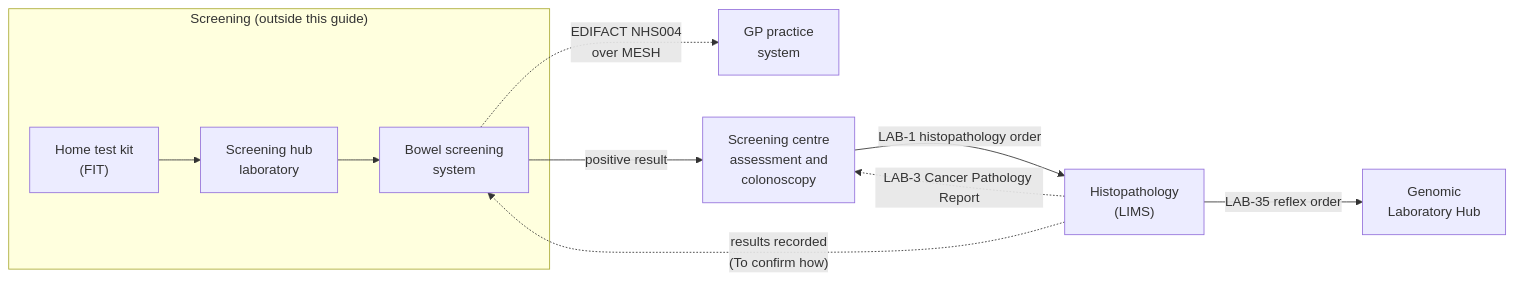
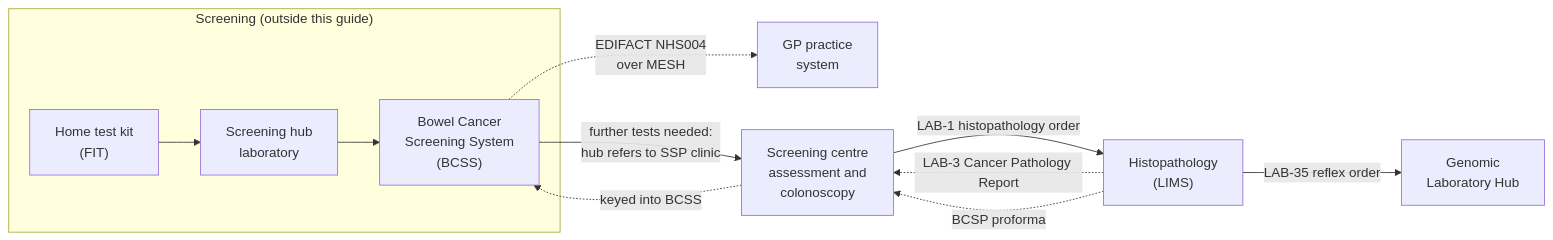
The diagram in input/pagecontent/Screening.md (KevinMayfield/CancerPathologyReport), drawn with Mermaid before and after one commit. The commit also changed other lines of this file, not shown here.

First line of the commit message:
Screening: FIT result, histopathology ordering, detailed FIT result

````diff
--- a/input/pagecontent/Screening.md
+++ b/input/pagecontent/Screening.md
@@ -39,13 +43,14 @@
 ```mermaid
 flowchart LR
     subgraph Screening["Screening (outside this guide)"]
         Kit["Home test kit<br/>(FIT)"] --> Hub["Screening hub<br/>laboratory"]
-        Hub --> BCSS["Bowel screening<br/>system"]
+        Hub --> BCSS["Bowel Cancer<br/>Screening System<br/>(BCSS)"]
     end
     BCSS -. "EDIFACT NHS004<br/>over MESH" .-> GP["GP practice<br/>system"]
-    BCSS -- "positive result" --> SC["Screening centre<br/>assessment and<br/>colonoscopy"]
+    BCSS -- "further tests needed:<br/>hub refers to SSP clinic" --> SC["Screening centre<br/>assessment and<br/>colonoscopy"]
     SC -- "LAB-1 histopathology order" --> Path["Histopathology<br/>(LIMS)"]
     Path -. "LAB-3 Cancer Pathology Report" .-> SC
     Path -- "LAB-35 reflex order" --> GLH["Genomic<br/>Laboratory Hub"]
-    Path -. "results recorded<br/>(To confirm how)" .-> BCSS
+    Path -. "BCSP proforma" .-> SC
+    SC -. "keyed into BCSS" .-> BCSS
 ```
````
